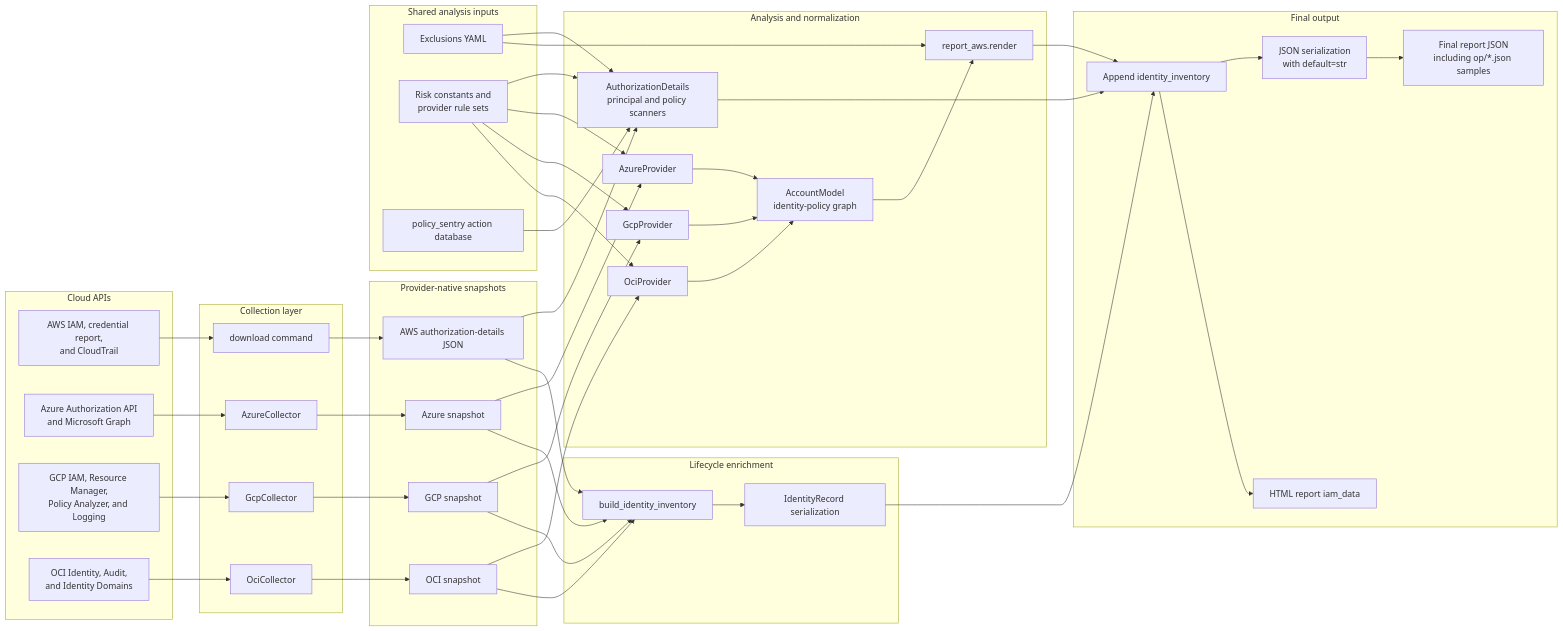
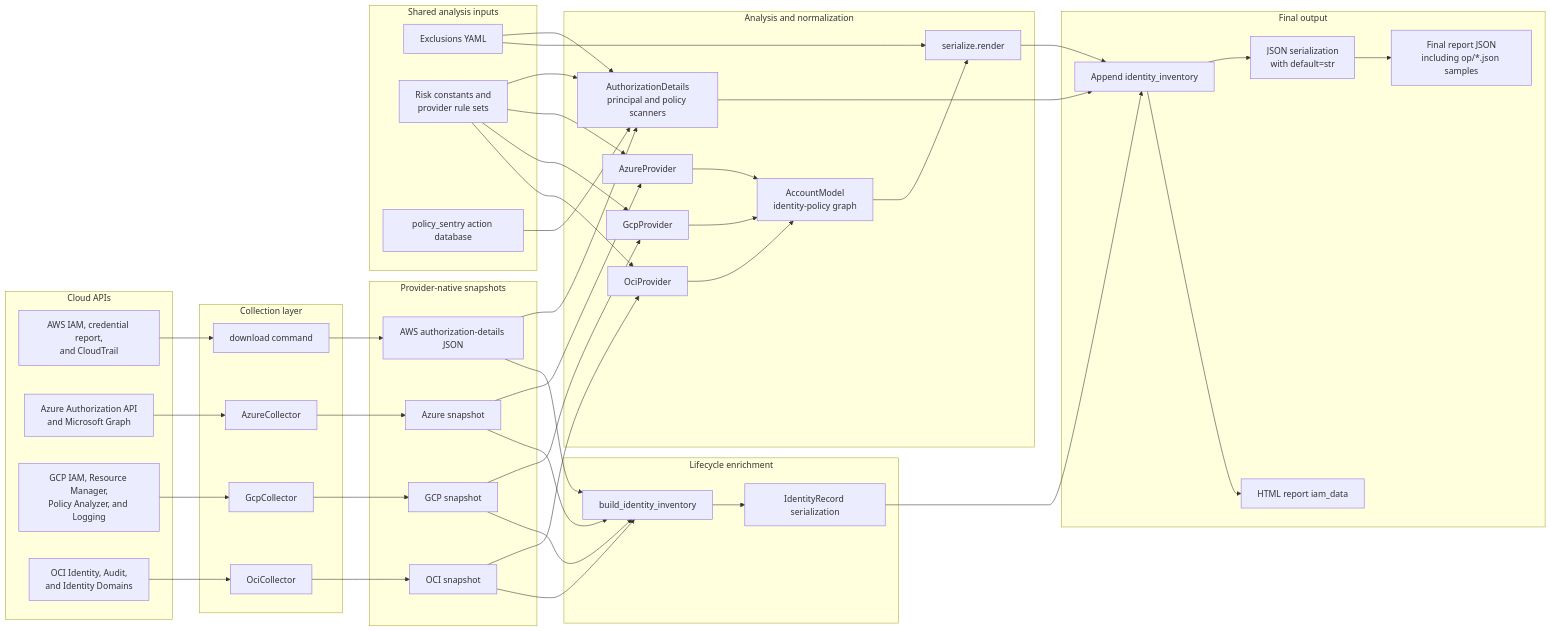
The first of 2 diagrams in docs/contributing/json-output-architecture.md (AyushAggarwal1/cloudsplaining), drawn with Mermaid before and after one commit. The commit also changed other lines of this file and 20 other files, not shown here.

````diff
--- a/docs/contributing/json-output-architecture.md
+++ b/docs/contributing/json-output-architecture.md
@@ -41,76 +43,76 @@
 ```mermaid
 flowchart LR
     subgraph Cloud_APIs[Cloud APIs]
         AWS_API[AWS IAM, credential report,<br/>and CloudTrail]
         AZ_API[Azure Authorization API<br/>and Microsoft Graph]
         GCP_API[GCP IAM, Resource Manager,<br/>Policy Analyzer, and Logging]
         OCI_API[OCI Identity, Audit,<br/>and Identity Domains]
     end
 
     subgraph Collection[Collection layer]
         AWS_DOWNLOAD[download command]
         AZ_COLLECT[AzureCollector]
         GCP_COLLECT[GcpCollector]
         OCI_COLLECT[OciCollector]
     end
 
     subgraph Snapshots[Provider-native snapshots]
         AWS_SNAPSHOT[AWS authorization-details JSON]
         AZ_SNAPSHOT[Azure snapshot]
         GCP_SNAPSHOT[GCP snapshot]
         OCI_SNAPSHOT[OCI snapshot]
     end
 
     subgraph Analysis[Analysis and normalization]
         AWS_SCAN[AuthorizationDetails<br/>principal and policy scanners]
         AZ_ENGINE[AzureProvider]
         GCP_ENGINE[GcpProvider]
         OCI_ENGINE[OciProvider]
         MODEL[AccountModel<br/>identity-policy graph]
-        MULTI_SERIALIZER[report_aws.render]
+        MULTI_SERIALIZER[serialize.render]
     end
 
     subgraph Enrichment[Lifecycle enrichment]
         INVENTORY[build_identity_inventory]
         INV_MODEL[IdentityRecord serialization]
     end
 
     subgraph Shared_inputs[Shared analysis inputs]
         EXCLUSIONS[Exclusions YAML]
         RISK_RULES[Risk constants and<br/>provider rule sets]
         POLICY_SENTRY[policy_sentry action database]
     end
 
     subgraph Output[Final output]
         MERGE[Append identity_inventory]
         JSON_WRITE[JSON serialization<br/>with default=str]
         FINAL[Final report JSON<br/>including op/*.json samples]
         HTML[HTML report iam_data]
     end
 
     AWS_API --> AWS_DOWNLOAD --> AWS_SNAPSHOT --> AWS_SCAN
     AZ_API --> AZ_COLLECT --> AZ_SNAPSHOT --> AZ_ENGINE --> MODEL
     GCP_API --> GCP_COLLECT --> GCP_SNAPSHOT --> GCP_ENGINE --> MODEL
     OCI_API --> OCI_COLLECT --> OCI_SNAPSHOT --> OCI_ENGINE --> MODEL
     MODEL --> MULTI_SERIALIZER
 
     AWS_SNAPSHOT --> INVENTORY
     AZ_SNAPSHOT --> INVENTORY
     GCP_SNAPSHOT --> INVENTORY
     OCI_SNAPSHOT --> INVENTORY
     INVENTORY --> INV_MODEL
 
     EXCLUSIONS --> AWS_SCAN
     EXCLUSIONS --> MULTI_SERIALIZER
     RISK_RULES --> AWS_SCAN
     RISK_RULES --> AZ_ENGINE
     RISK_RULES --> GCP_ENGINE
     RISK_RULES --> OCI_ENGINE
     POLICY_SENTRY --> AWS_SCAN
 
     AWS_SCAN --> MERGE
     MULTI_SERIALIZER --> MERGE
     INV_MODEL --> MERGE
     MERGE --> JSON_WRITE --> FINAL
     MERGE --> HTML
 ```
````
